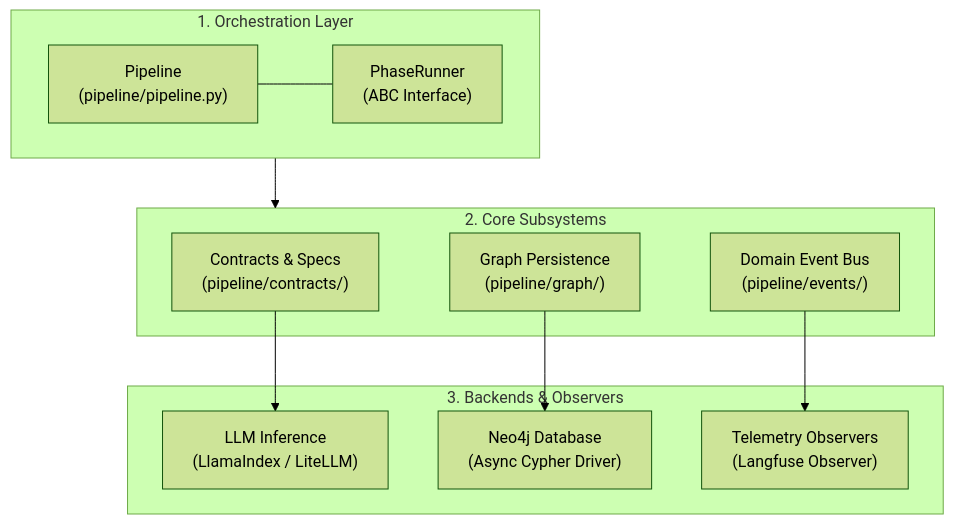
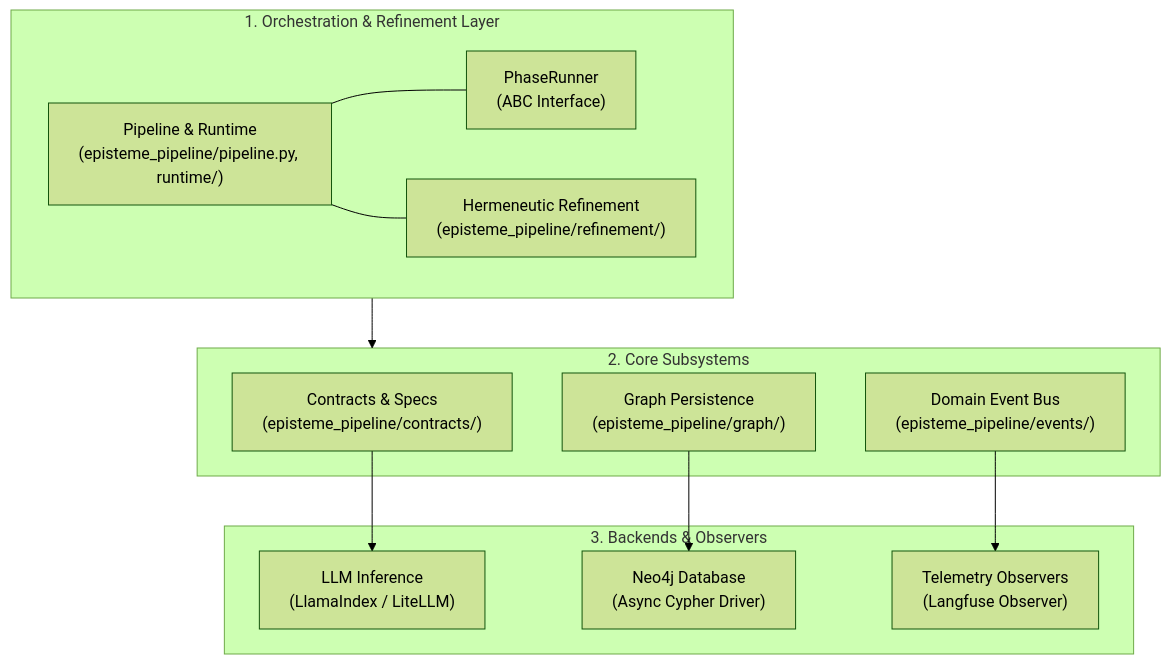
One commit to maxoem/EpistemeX changed the first of 2 diagrams in docs/architecture/overview.md. Above: the diagram before and after it, drawn with Mermaid (forest theme). The commit also changed other lines of this file and 495 other files, not shown here.

First line of the commit message:
feat(pipeline,epistemetrics): resolve architectural, workflow, and domain critique (ISSUE-046..065, ISSUE-108..110) (#47)

````diff
--- a/docs/architecture/overview.md
+++ b/docs/architecture/overview.md
@@ -51,25 +52,27 @@
 ```mermaid
 flowchart TD
-    subgraph L1 ["1. Orchestration Layer"]
-        Pipeline["Pipeline<br/>(pipeline/pipeline.py)"]
+    subgraph L1 ["1. Orchestration & Refinement Layer"]
+        Pipeline["Pipeline & Runtime<br/>(episteme_pipeline/pipeline.py, runtime/)"]
         PhaseRunner["PhaseRunner<br/>(ABC Interface)"]
+        Refinement["Hermeneutic Refinement<br/>(episteme_pipeline/refinement/)"]
         Pipeline --- PhaseRunner
+        Pipeline --- Refinement
     end
 
     subgraph L2 ["2. Core Subsystems"]
-        Contracts["Contracts & Specs<br/>(pipeline/contracts/)"]
-        GraphStore["Graph Persistence<br/>(pipeline/graph/)"]
-        Events["Domain Event Bus<br/>(pipeline/events/)"]
+        Contracts["Contracts & Specs<br/>(episteme_pipeline/contracts/)"]
+        GraphStore["Graph Persistence<br/>(episteme_pipeline/graph/)"]
+        Events["Domain Event Bus<br/>(episteme_pipeline/events/)"]
     end
 
     subgraph L3 ["3. Backends & Observers"]
         LLM["LLM Inference<br/>(LlamaIndex / LiteLLM)"]
         Neo4j["Neo4j Database<br/>(Async Cypher Driver)"]
         Observers["Telemetry Observers<br/>(Langfuse Observer)"]
     end
 
     L1 --> L2
     Contracts --> LLM
     GraphStore --> Neo4j
     Events --> Observers
 ```
````
